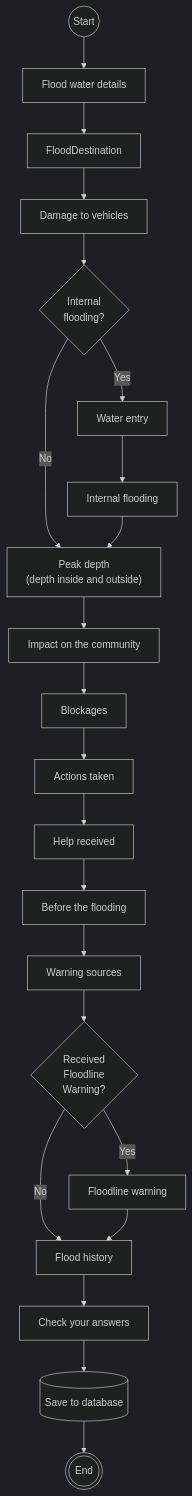
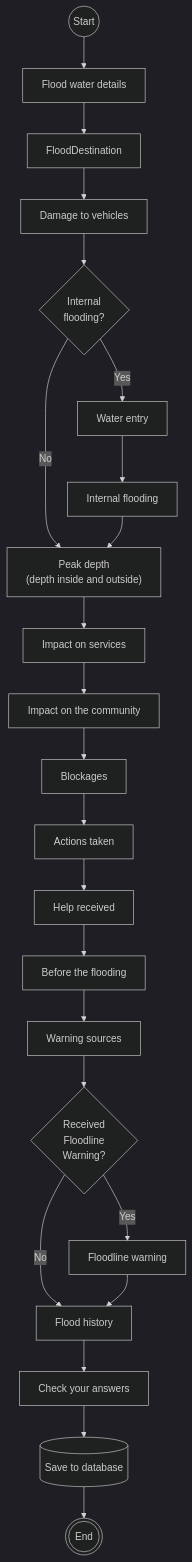
The diagram in docs/flows/investigation.md (Dorset-Council-UK/FloodOnlineReportingTool.Public), drawn with Mermaid (dark theme) before and after one commit. The commit also changed 2 other files, not shown here.

Commit message:
Updated diagrams and flows

````diff
--- a/docs/flows/investigation.md
+++ b/docs/flows/investigation.md
@@ -18,24 +18,25 @@
 ```mermaid
 flowchart TB
     Index((Start)) --> Speed[Flood water details]
     Speed --> FloodDestination
     FloodDestination --> Vehicles[Damage to vehicles]
     Vehicles --> IsInternalFlooding{Internal<br>flooding?}
     IsInternalFlooding -- No --> PeakDepth["Peak depth<br>(depth inside and outside)"]
     IsInternalFlooding -- Yes --> Entry["Water entry"]
     Entry --> InternalWhen["Internal flooding"]
     InternalWhen --> PeakDepth
-    PeakDepth --> CommunityImpact[Impact on the community]
+    PeakDepth --> ServiceImpact[Impact on services]
+    ServiceImpact --> CommunityImpact[Impact on the community]
     CommunityImpact --> Blockages
     Blockages --> ActionsTaken[Actions taken]
     ActionsTaken --> HelpReceived[Help received]
     HelpReceived --> Warnings[Before the flooding]
     Warnings --> WarningSources[Warning sources]
     WarningSources --> WarningSourceContainsFloodline{Received<br>Floodline<br>Warning?}
     WarningSourceContainsFloodline -- No --> History[Flood history]
     WarningSourceContainsFloodline -- Yes --> Floodline[Floodline warning]
     Floodline --> History
     History --> Summary[Check your answers]
     Summary --> Save[(Save to database)]
     Save --> Confirmation((( End )))
 ```
````
